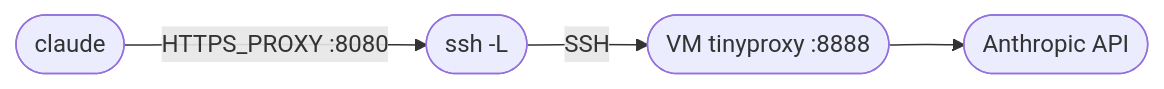
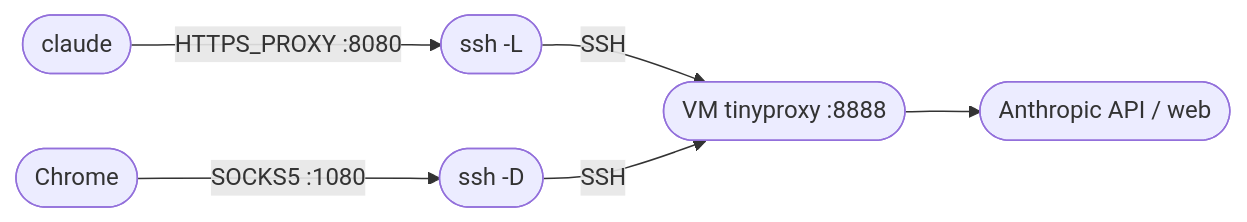
Before and after one commit to crayonluffy/claude-guide: the diagram in README.md, drawn with Mermaid. The commit also changed other lines of this file and 2 other files, not shown here.

First line of the commit message:
Add SOCKS5 for Chrome + toggle-synced Claude settings.json proxy (#2)

````diff
--- a/README.md
+++ b/README.md
@@ -7,6 +7,8 @@
 ```mermaid
 flowchart LR
-    claude([claude]) -->|HTTPS_PROXY :8080| tunnel([ssh -L])
-    tunnel -->|SSH| vm([VM tinyproxy :8888])
-    vm --> api([Anthropic API])
+    claude([claude]) -->|HTTPS_PROXY :8080| httpf([ssh -L])
+    chrome([Chrome]) -->|SOCKS5 :1080| socksf([ssh -D])
+    httpf -->|SSH| vm([VM tinyproxy :8888])
+    socksf -->|SSH| vm
+    vm --> api([Anthropic API / web])
 ```
````
